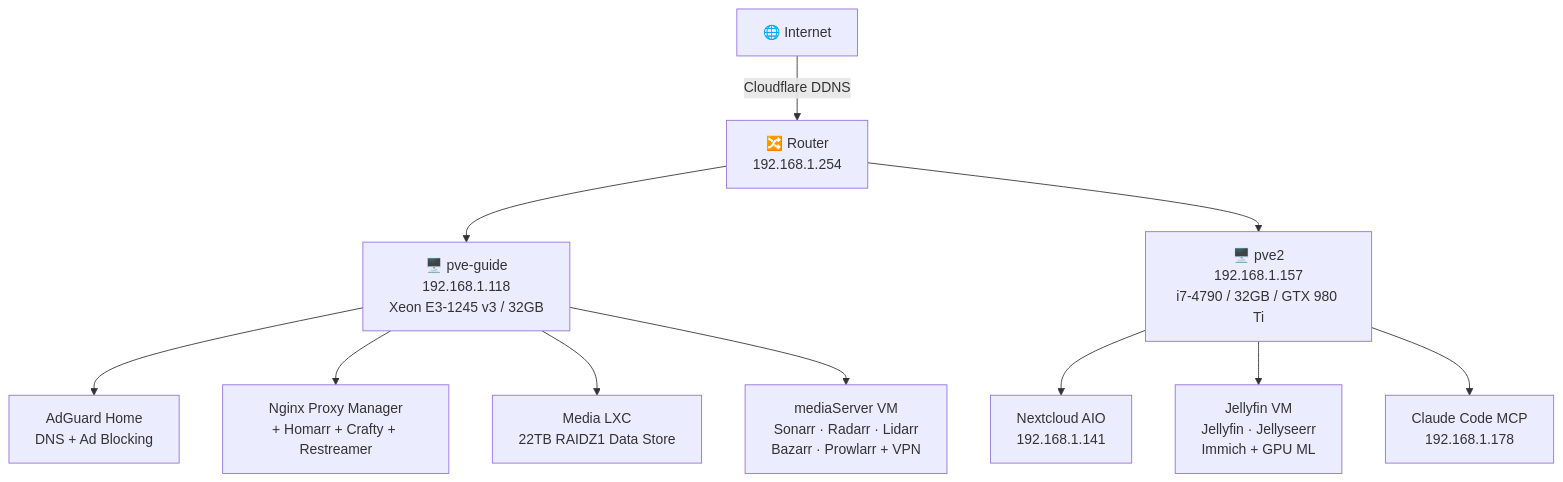
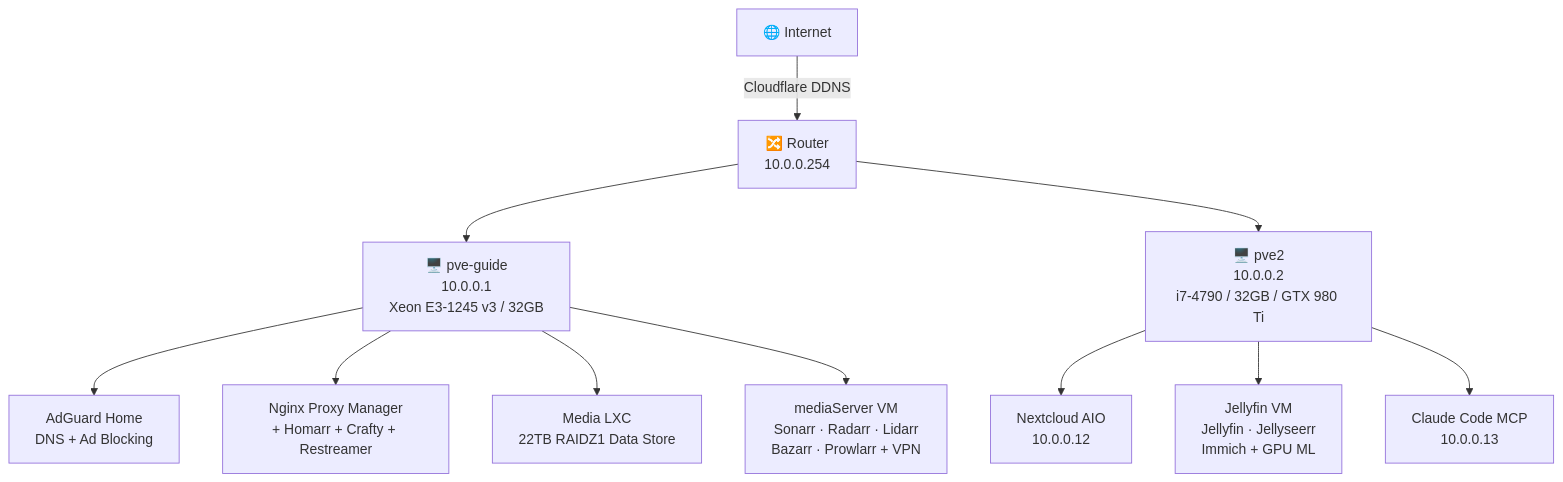
One commit to taylordbowers/homelab changed the diagram in docs/index.md. Above: the diagram before and after it, drawn with Mermaid. The commit also changed other lines of this file and 10 other files, not shown here.

````diff
--- a/docs/index.md
+++ b/docs/index.md
@@ -7,15 +7,15 @@
 ```mermaid
 graph TD
-    Internet["🌐 Internet"] -->|Cloudflare DDNS| Router["🔀 Router\n192.168.1.254"]
-    Router --> PVE1["🖥️ pve-guide\n192.168.1.118\nXeon E3-1245 v3 / 32GB"]
-    Router --> PVE2["🖥️ pve2\n192.168.1.157\ni7-4790 / 32GB / GTX 980 Ti"]
+    Internet["🌐 Internet"] -->|Cloudflare DDNS| Router["🔀 Router\n10.0.0.254"]
+    Router --> PVE1["🖥️ pve-guide\n10.0.0.1\nXeon E3-1245 v3 / 32GB"]
+    Router --> PVE2["🖥️ pve2\n10.0.0.2\ni7-4790 / 32GB / GTX 980 Ti"]
 
     PVE1 --> AG["AdGuard Home\nDNS + Ad Blocking"]
     PVE1 --> NPM["Nginx Proxy Manager\n+ Homarr + Crafty + Restreamer"]
     PVE1 --> MEDIA["Media LXC\n22TB RAIDZ1 Data Store"]
     PVE1 --> ARR["mediaServer VM\nSonarr · Radarr · Lidarr\nBazarr · Prowlarr + VPN"]
 
-    PVE2 --> NC["Nextcloud AIO\n192.168.1.141"]
+    PVE2 --> NC["Nextcloud AIO\n10.0.0.12"]
     PVE2 --> JF["Jellyfin VM\nJellyfin · Jellyseerr\nImmich + GPU ML"]
-    PVE2 --> CLAUDE["Claude Code MCP\n192.168.1.178"]
+    PVE2 --> CLAUDE["Claude Code MCP\n10.0.0.13"]
 ```
````
